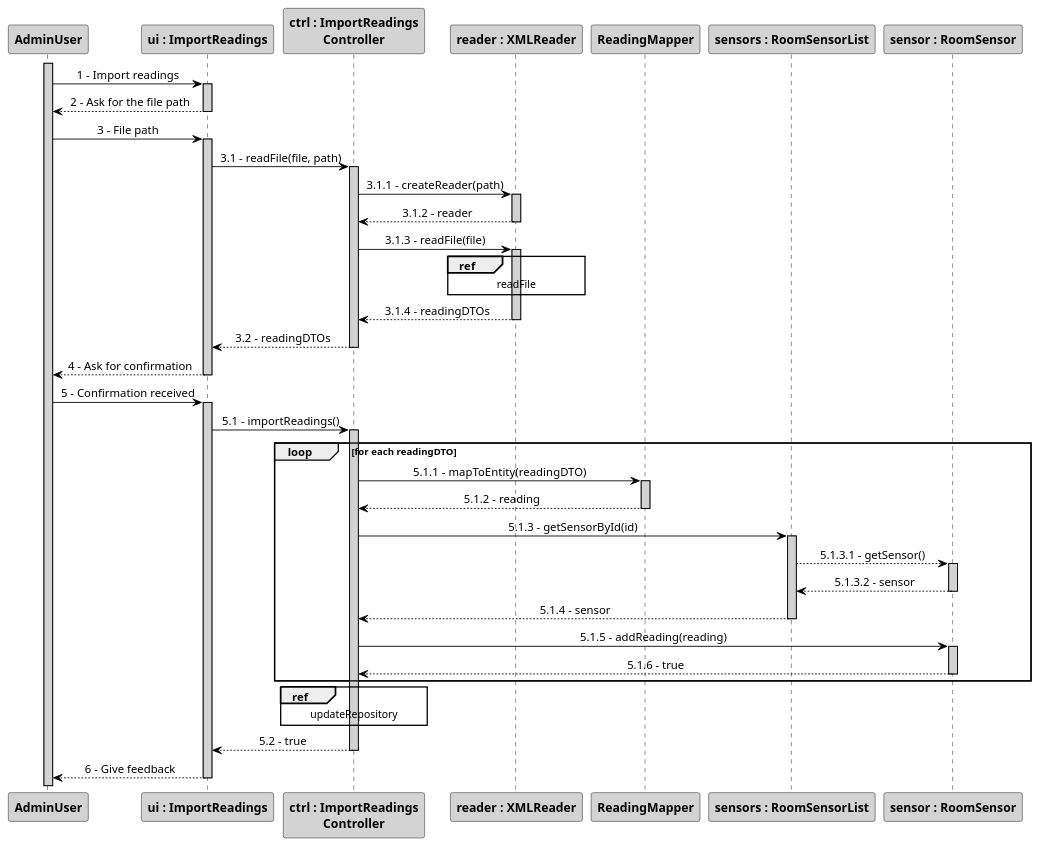
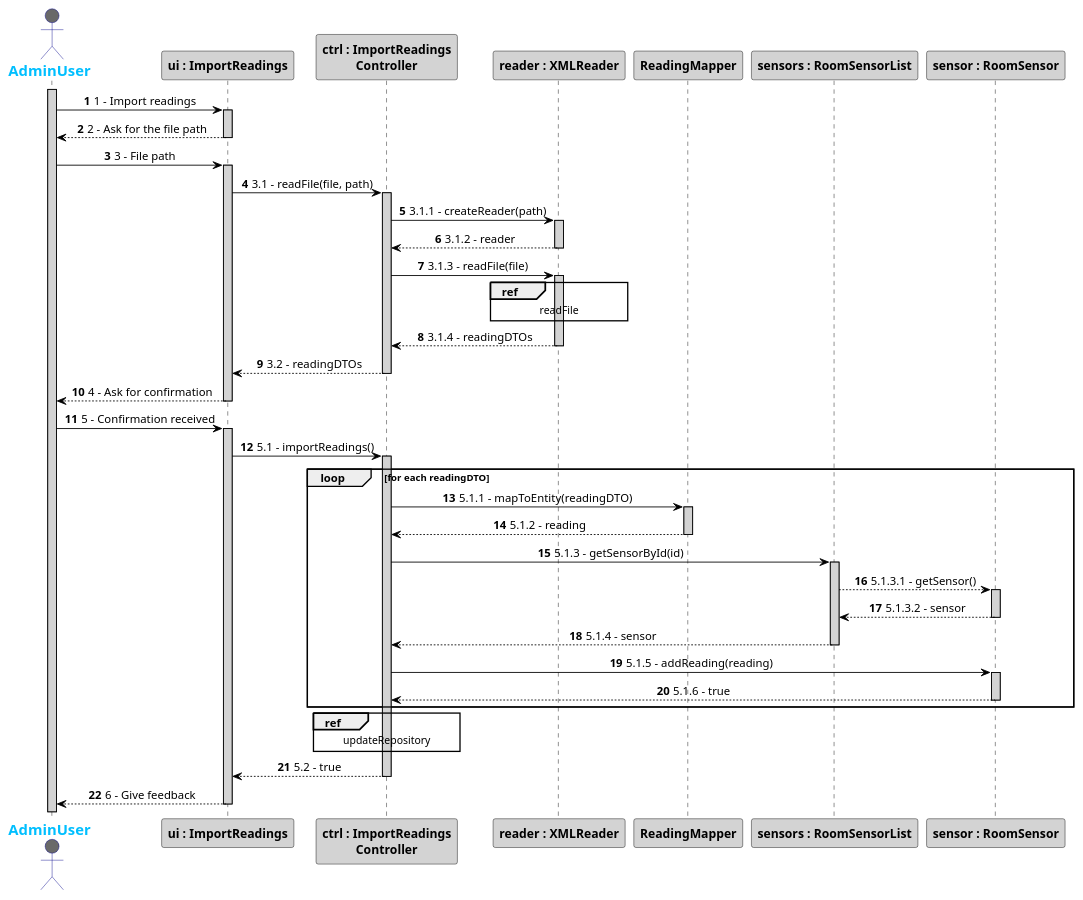
The diagram in src/main/java/pt/ipp/isep/dei/project/controllers/importreadingsfromcsvcontroller/SD_ImportReadingsRoomSensors.puml (1181687/hateoasToy), drawn with PlantUML before and after one commit. The commit also changed 4 other files, not shown here.

Commit message:
Changes to Class and Sequence Diagrams

```diff
--- a/src/main/java/pt/ipp/isep/dei/project/controllers/importreadingsfromcsvcontroller/SD_ImportReadingsRoomSensors.puml
+++ b/src/main/java/pt/ipp/isep/dei/project/controllers/importreadingsfromcsvcontroller/SD_ImportReadingsRoomSensors.puml
@@ -1,76 +1,78 @@
 @startuml
 skinparam sequenceMessageAlign center
 skinparam sequence {
 	ArrowColor Black
 	ActorBorderColor DarkBlue
 	LifeLineBorderColor black
 	LifeLineBackgroundColor LightGrey
 
 	ParticipantBorderColor Black
 	ParticipantBackgroundColor LightGrey
 	ParticipantFontStyle Bold
 
 	ActorBackgroundColor DimGrey
 	ActorFontColor DeepSkyBlue
 	ActorFontStyle Bold
 	ActorFontSize 17
 	ActorFontName Aapex
 }
 
+autonumber
+actor AdminUser
 activate AdminUser
 actor AdminUser
 
 AdminUser -> "ui : ImportReadings":1 - Import readings
 activate "ui : ImportReadings"
 "ui : ImportReadings" --> AdminUser: 2 - Ask for the file path
 deactivate "ui : ImportReadings"
 AdminUser -> "ui : ImportReadings": 3 - File path
 activate "ui : ImportReadings"
 "ui : ImportReadings" -> "ctrl : ImportReadings\nController": 3.1 - readFile(file, path)
 activate "ctrl : ImportReadings\nController"
 "ctrl : ImportReadings\nController" -> "reader : XMLReader": 3.1.1 - createReader(path)
 activate "reader : XMLReader"
 "reader : XMLReader" --> "ctrl : ImportReadings\nController": 3.1.2 - reader
 deactivate "reader : XMLReader"
 "ctrl : ImportReadings\nController" -> "reader : XMLReader": 3.1.3 - readFile(file)
 activate "reader : XMLReader"
 ref over "reader : XMLReader"
 readFile
 end
 "reader : XMLReader" --> "ctrl : ImportReadings\nController": 3.1.4 - readingDTOs
 deactivate "reader : XMLReader"
 "ctrl : ImportReadings\nController" --> "ui : ImportReadings": 3.2 - readingDTOs
 deactivate "ctrl : ImportReadings\nController"
 "ui : ImportReadings" --> AdminUser: 4 - Ask for confirmation
 deactivate "ui : ImportReadings"
 AdminUser -> "ui : ImportReadings": 5 - Confirmation received
 activate "ui : ImportReadings"
 "ui : ImportReadings" -> "ctrl : ImportReadings\nController": 5.1 - importReadings()
 activate "ctrl : ImportReadings\nController"
 loop for each readingDTO
 "ctrl : ImportReadings\nController" -> ReadingMapper: 5.1.1 - mapToEntity(readingDTO)
 activate ReadingMapper
 ReadingMapper --> "ctrl : ImportReadings\nController": 5.1.2 - reading
 deactivate ReadingMapper
 "ctrl : ImportReadings\nController" -> "sensors : RoomSensorList": 5.1.3 - getSensorById(id)
 activate "sensors : RoomSensorList"
 "sensors : RoomSensorList" --> "sensor : RoomSensor": 5.1.3.1 - getSensor()
 activate "sensor : RoomSensor"
 "sensor : RoomSensor" --> "sensors : RoomSensorList": 5.1.3.2 - sensor
 deactivate "sensor : RoomSensor"
 "sensors : RoomSensorList" --> "ctrl : ImportReadings\nController": 5.1.4 - sensor
 deactivate "sensors : RoomSensorList"
 "ctrl : ImportReadings\nController" -> "sensor : RoomSensor": 5.1.5 - addReading(reading)
 activate "sensor : RoomSensor"
 "sensor : RoomSensor" --> "ctrl : ImportReadings\nController": 5.1.6 - true
 deactivate "sensor : RoomSensor"
 end loop
 ref over "ctrl : ImportReadings\nController"
 updateRepository
 end
 "ctrl : ImportReadings\nController" --> "ui : ImportReadings": 5.2 - true
 deactivate "ctrl : ImportReadings\nController"
 "ui : ImportReadings" --> AdminUser: 6 - Give feedback
 deactivate "ui : ImportReadings"
 
 @enduml
```
